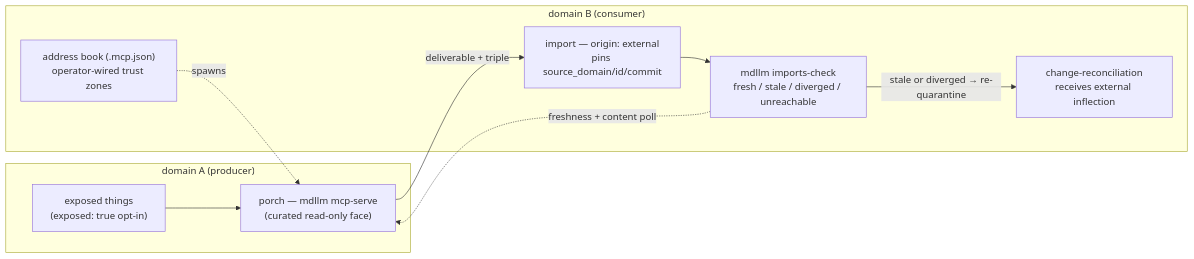
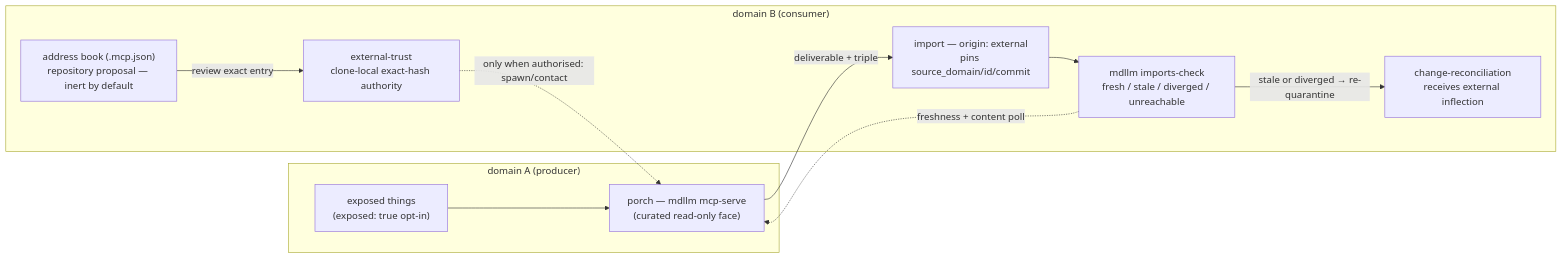
Before and after one commit to JanoshMoshiri/MarkdownLLM: the fifth of 5 diagrams in docs/framework-map.md, drawn with Mermaid. The commit also changed other lines of this file and 83 other files, not shown here.

First line of the commit message:
security: pin repository authority and transaction boundaries

````diff
--- a/docs/framework-map.md
+++ b/docs/framework-map.md
@@ -439,34 +445,38 @@
 ```mermaid
 flowchart LR
     accTitle: View 5 - the estate seam between a producer domain and a consumer domain
     accDescr {
         Two domains side by side, and every arrow crossing between them passes
         through the porch - including the question have you changed. In domain
         A, the producer, things opted in with exposed true feed the porch, a
         curated read-only face served by mdllm mcp-serve. In domain B, the
-        consumer, an address book in .mcp.json holds operator-wired trust zones
-        and spawns the producer's porch. The porch hands over a deliverable
+        consumer, an address book in .mcp.json proposes a producer route. A
+        clone-local trust record in the Git directory must authorize the exact
+        entry hash before anything spawns or contacts the porch. The porch
+        hands over a deliverable
         plus the reference triple, which becomes an import marked origin
         external, pinning source domain, id and commit. That import is checked
         by mdllm imports-check, which reports fresh, stale, diverged or
         unreachable, and which polls the porch for freshness and content. A
         stale or diverged result re-quarantines the import and routes it into
         change-reconciliation as an external inflection.
     }
     subgraph A["domain A (producer)"]
         EX["exposed things<br/>(exposed: true opt-in)"]
         PORCH["porch — mdllm mcp-serve<br/>(curated read-only face)"]
         EX --> PORCH
     end
     subgraph B["domain B (consumer)"]
-        AB["address book (.mcp.json)<br/>operator-wired trust zones"]
+        AB["address book (.mcp.json)<br/>repository proposal — inert by default"]
+        TRUST["external-trust<br/>clone-local exact-hash authority"]
         IMP["import — origin: external<br/>pins source_domain/id/commit"]
         IC["mdllm imports-check<br/>fresh / stale / diverged / unreachable"]
         CR["change-reconciliation<br/>receives external inflection"]
-        AB -. spawns .-> PORCH
+        AB -->|"review exact entry"| TRUST
+        TRUST -. "only when authorised: spawn/contact" .-> PORCH
         PORCH -- "deliverable + triple" --> IMP
         IMP --> IC
         IC -. "freshness + content poll" .-> PORCH
         IC -- "stale or diverged → re-quarantine" --> CR
     end
 ```
````
